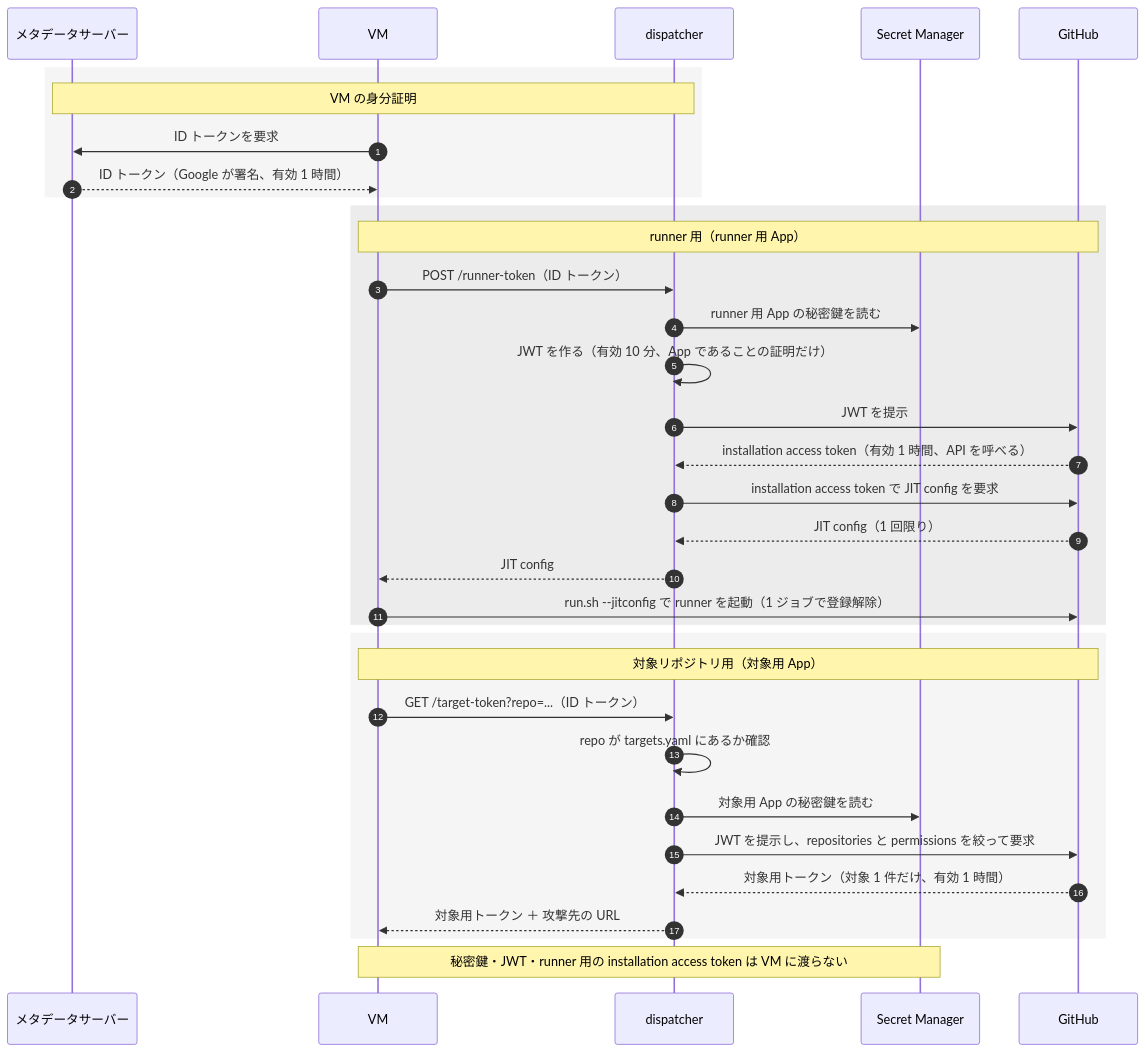
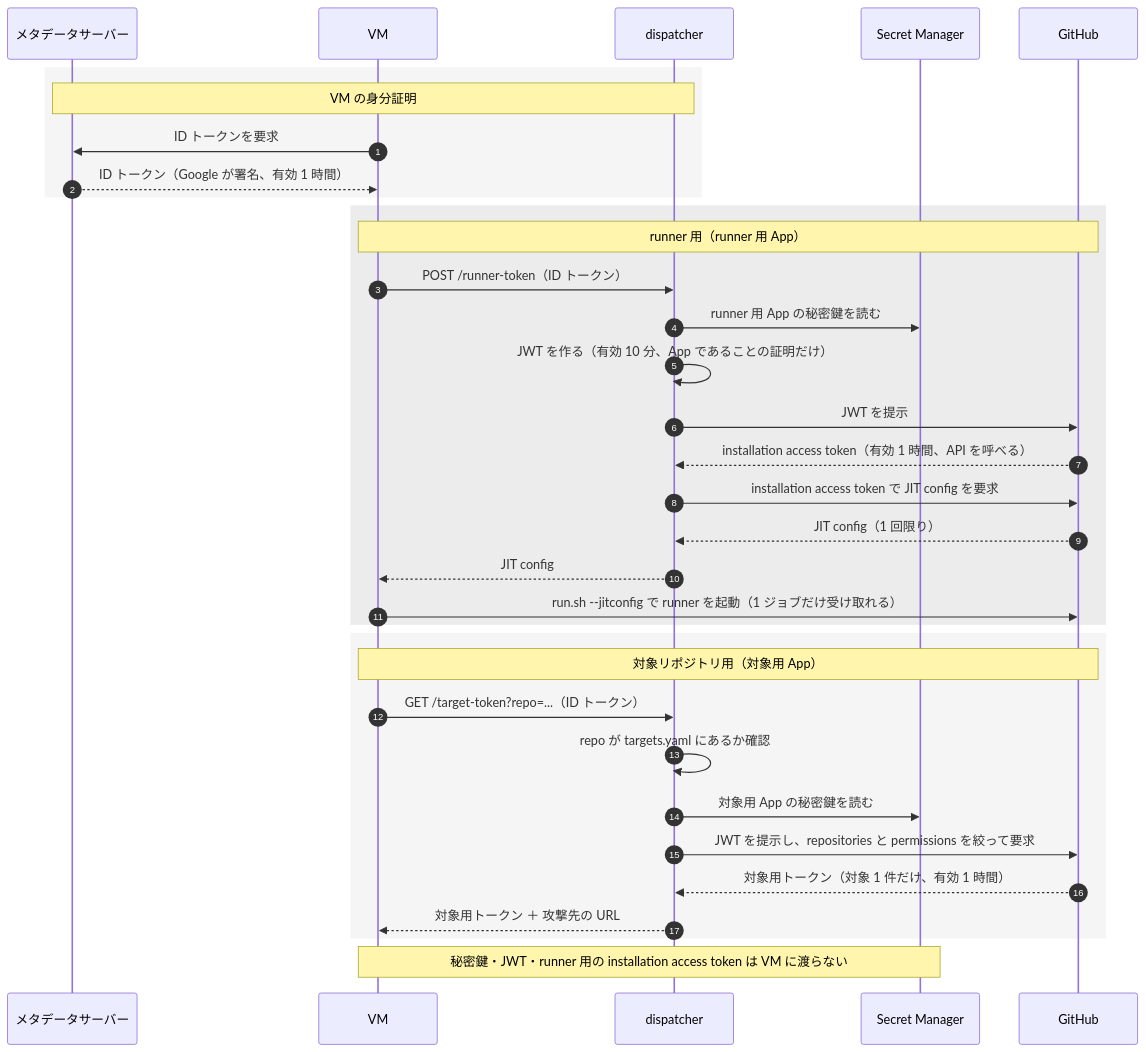
The second of 2 diagrams in posts/shannon-runner.ja.md (newbee1939/h6o), drawn with Mermaid before and after one commit. The commit also changed other lines of this file and 1 other file, not shown here.

````diff
--- a/posts/shannon-runner.ja.md
+++ b/posts/shannon-runner.ja.md
@@ -180,40 +180,40 @@
 ```mermaid
 sequenceDiagram
   autonumber
   participant M as メタデータサーバー
   participant V as VM
   participant D as dispatcher
   participant SM as Secret Manager
   participant G as GitHub
 
   rect rgba(128, 128, 128, 0.08)
     Note over M,D: VM の身分証明
     V->>M: ID トークンを要求
     M-->>V: ID トークン（Google が署名、有効 1 時間）
   end
 
   rect rgba(128, 128, 128, 0.15)
     Note over V,G: runner 用（runner 用 App）
     V->>D: POST /runner-token（ID トークン）
     D->>SM: runner 用 App の秘密鍵を読む
     D->>D: JWT を作る（有効 10 分、App であることの証明だけ）
     D->>G: JWT を提示
     G-->>D: installation access token（有効 1 時間、API を呼べる）
     D->>G: installation access token で JIT config を要求
     G-->>D: JIT config（1 回限り）
     D-->>V: JIT config
-    V->>G: run.sh --jitconfig で runner を起動（1 ジョブで登録解除）
+    V->>G: run.sh --jitconfig で runner を起動（1 ジョブだけ受け取れる）
   end
 
   rect rgba(128, 128, 128, 0.08)
     Note over V,G: 対象リポジトリ用（対象用 App）
     V->>D: GET /target-token?repo=...（ID トークン）
     D->>D: repo が targets.yaml にあるか確認
     D->>SM: 対象用 App の秘密鍵を読む
     D->>G: JWT を提示し、repositories と permissions を絞って要求
     G-->>D: 対象用トークン（対象 1 件だけ、有効 1 時間）
     D-->>V: 対象用トークン ＋ 攻撃先の URL
   end
 
   Note over V,SM: 秘密鍵・JWT・runner 用の installation access token は VM に渡らない
 ```
````
